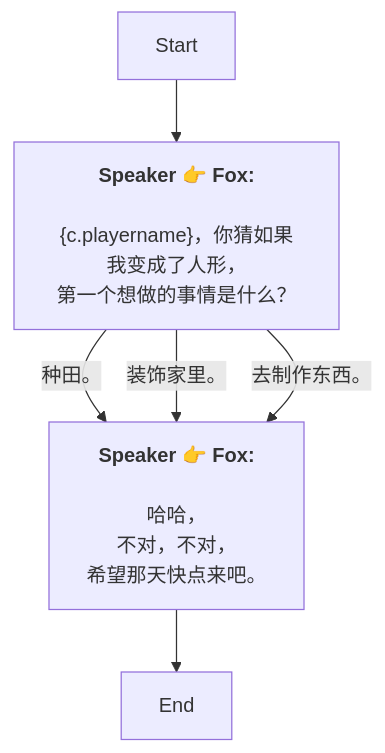
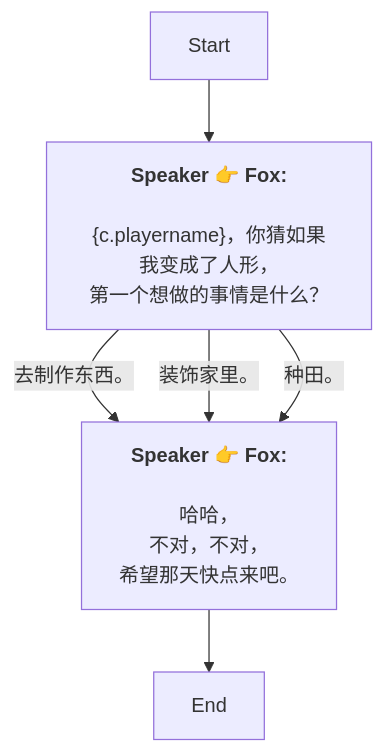
The diagram in Zh/AddDialogNode_1738541867360458.md (SoftHu/tos_avg), drawn with Mermaid before and after one commit. The commit also changed other lines of this file and 780 other files, not shown here.

````diff
--- a/Zh/AddDialogNode_1738541867360458.md
+++ b/Zh/AddDialogNode_1738541867360458.md
@@ -1,20 +1,20 @@
 ```mermaid
 graph
 Start -->1738541912862925[<b>Speaker 👉 Fox:</b>
 \n&lbrace;c.playername&rbrace;，你猜如果我变成了人形，
 第一个想做的事情是什么？]
-1738541912862925 -->|种田。|1738542038299861[<b>Speaker 👉 Fox:</b>
+1738541912862925 -->|去制作东西。|1738542038299861[<b>Speaker 👉 Fox:</b>
 \n哈哈，
 不对，不对，
 希望那天快点来吧。]
 1738541912862925 -->|装饰家里。|1738542038299861[<b>Speaker 👉 Fox:</b>
 \n哈哈，
 不对，不对，
 希望那天快点来吧。]
-1738541912862925 -->|去制作东西。|1738542038299861[<b>Speaker 👉 Fox:</b>
+1738541912862925 -->|种田。|1738542038299861[<b>Speaker 👉 Fox:</b>
 \n哈哈，
 不对，不对，
 希望那天快点来吧。]
 1738542038299861 -->1738542067698902[End]
 
 ```
````
